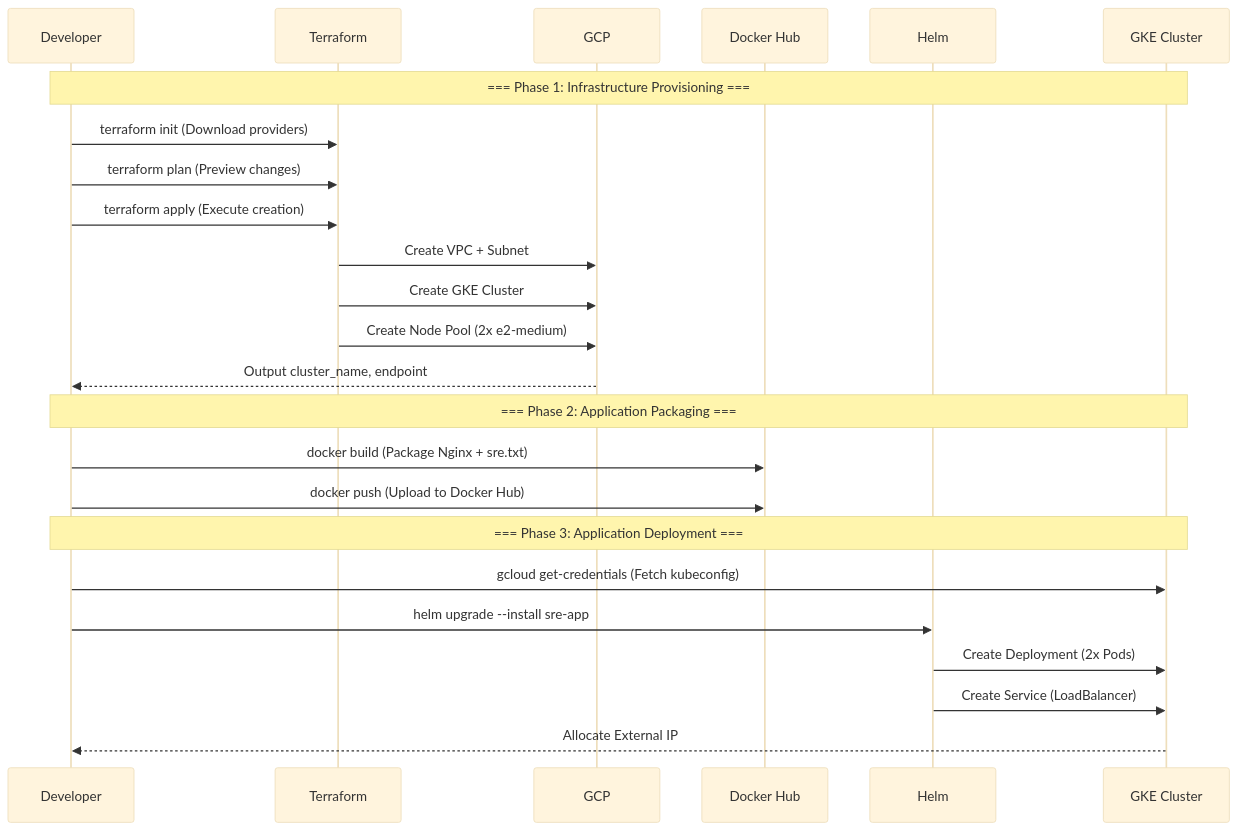
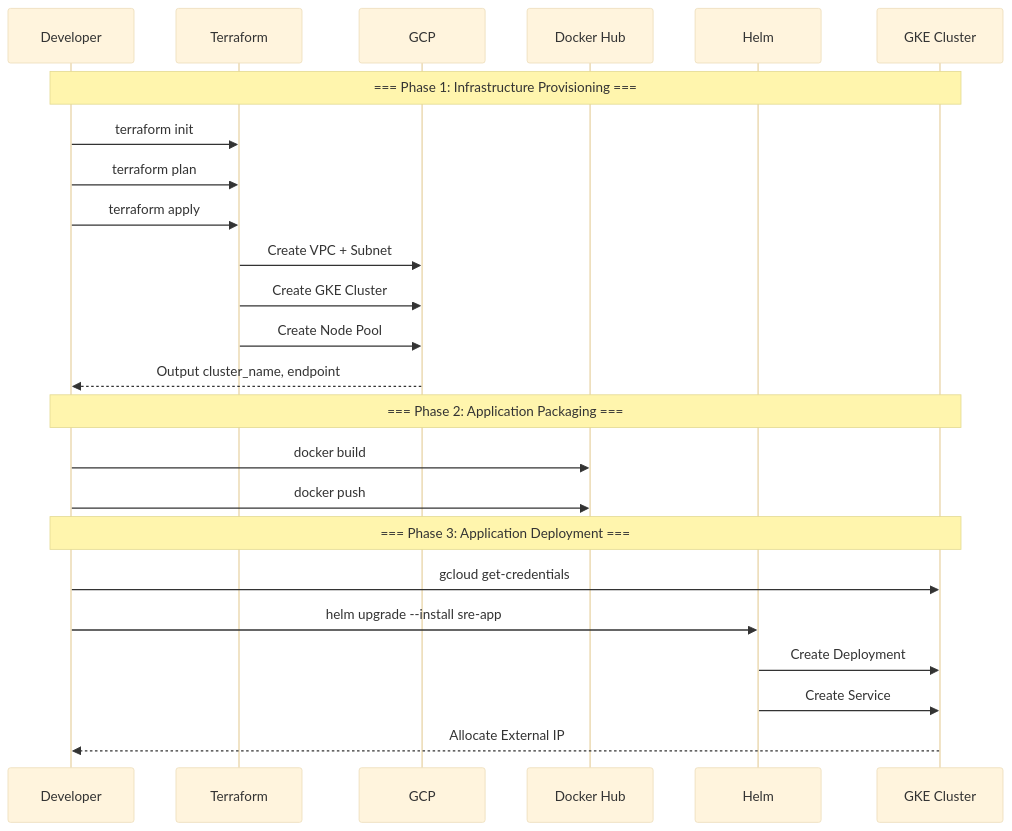
One commit to ChennXIao/gamania-sre-task changed the diagram in README.md. Above: the diagram before and after it, drawn with Mermaid (base theme). The commit also changed other lines of this file, not shown here.

````diff
--- a/README.md
+++ b/README.md
@@ -379,29 +225,29 @@
 ```mermaid
 sequenceDiagram
     participant Dev as Developer
     participant TF as Terraform
     participant GCP as GCP
     participant Docker as Docker Hub
     participant Helm as Helm
     participant GKE as GKE Cluster
 
     Note over Dev,GKE: === Phase 1: Infrastructure Provisioning ===
-    Dev->>TF: terraform init (Download providers)
-    Dev->>TF: terraform plan (Preview changes)
-    Dev->>TF: terraform apply (Execute creation)
+    Dev->>TF: terraform init
+    Dev->>TF: terraform plan
+    Dev->>TF: terraform apply
     TF->>GCP: Create VPC + Subnet
     TF->>GCP: Create GKE Cluster
-    TF->>GCP: Create Node Pool (2x e2-medium)
+    TF->>GCP: Create Node Pool
     GCP-->>Dev: Output cluster_name, endpoint
 
     Note over Dev,GKE: === Phase 2: Application Packaging ===
-    Dev->>Docker: docker build (Package Nginx + sre.txt)
-    Dev->>Docker: docker push (Upload to Docker Hub)
+    Dev->>Docker: docker build
+    Dev->>Docker: docker push
 
     Note over Dev,GKE: === Phase 3: Application Deployment ===
-    Dev->>GKE: gcloud get-credentials (Fetch kubeconfig)
+    Dev->>GKE: gcloud get-credentials
     Dev->>Helm: helm upgrade --install sre-app
-    Helm->>GKE: Create Deployment (2x Pods)
-    Helm->>GKE: Create Service (LoadBalancer)
+    Helm->>GKE: Create Deployment
+    Helm->>GKE: Create Service
     GKE-->>Dev: Allocate External IP
 ```
````
